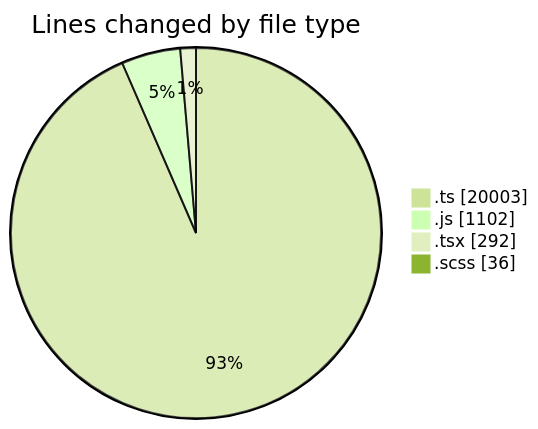
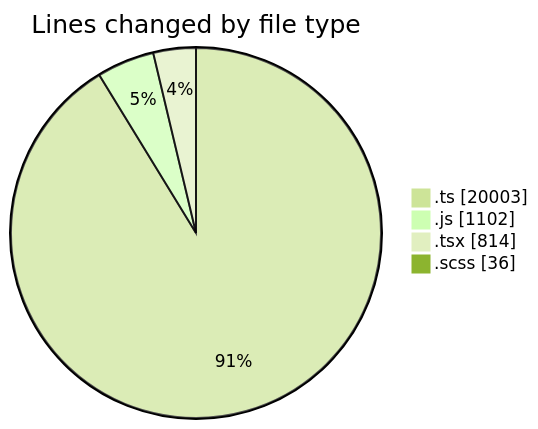
Before and after one commit to momahboobian/code-tracking: the first of 2 diagrams in 2026-10-16/cda/README.md, drawn with Mermaid (forest theme). The commit also changed other lines of this file and 1 other file, not shown here.

````diff
--- a/2026-10-16/cda/README.md
+++ b/2026-10-16/cda/README.md
@@ -28,8 +29,8 @@
 ```mermaid
 pie showData
 title Lines changed by file type
 ".ts" : 20003
 ".js" : 1102
-".tsx" : 292
+".tsx" : 814
 ".scss" : 36
 ```
````
